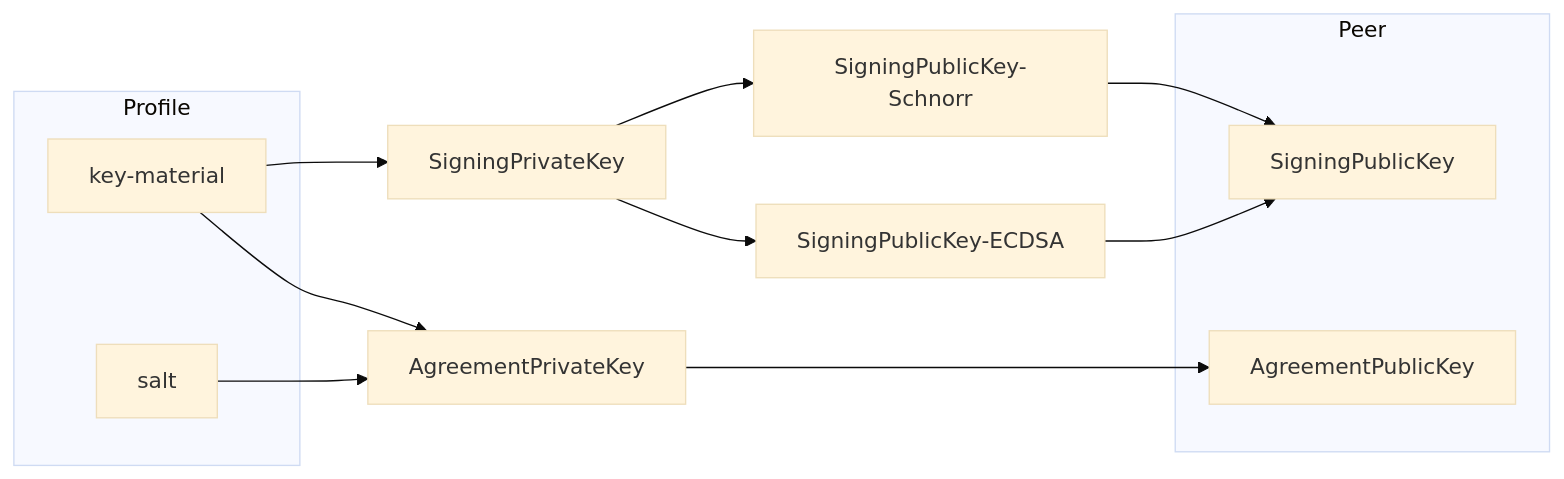
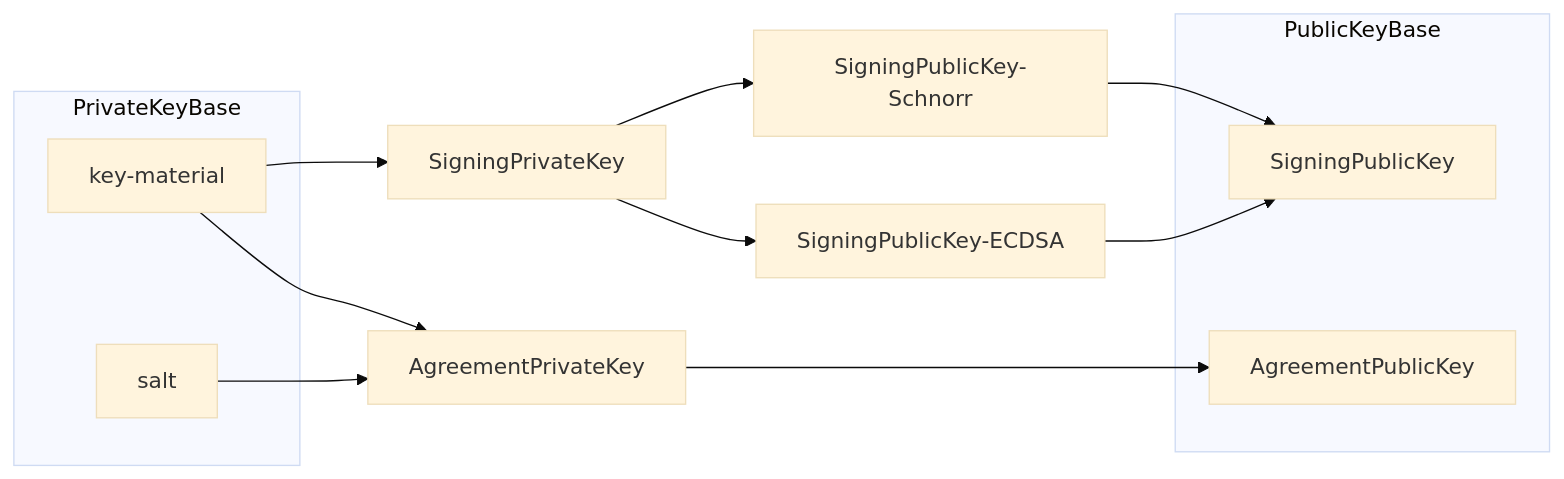
Before and after one commit to BlockchainCommons/BCSwiftFoundation: the second of 11 diagrams in Docs/Secure Components/3-DEFINITIONS.md, drawn with Mermaid (base theme). The commit also changed other lines of this file and 31 other files, not shown here.

````diff
--- a/Docs/Secure Components/3-DEFINITIONS.md
+++ b/Docs/Secure Components/3-DEFINITIONS.md
@@ -134,19 +134,19 @@
 ```mermaid
 graph LR
-  subgraph Profile
+  subgraph PrivateKeyBase
     key-material;
     salt;
   end
-  subgraph Peer
+  subgraph PublicKeyBase
     SigningPublicKey;
     AgreementPublicKey;
   end
     key-material --> SigningPrivateKey;
     key-material --> AgreementPrivateKey;
     salt --> AgreementPrivateKey;
     SigningPrivateKey --> SigningPublicKey-Schnorr;
     SigningPrivateKey --> SigningPublicKey-ECDSA;
     AgreementPrivateKey --> AgreementPublicKey;
     SigningPublicKey-Schnorr --> SigningPublicKey;
     SigningPublicKey-ECDSA --> SigningPublicKey;
 ```
````
